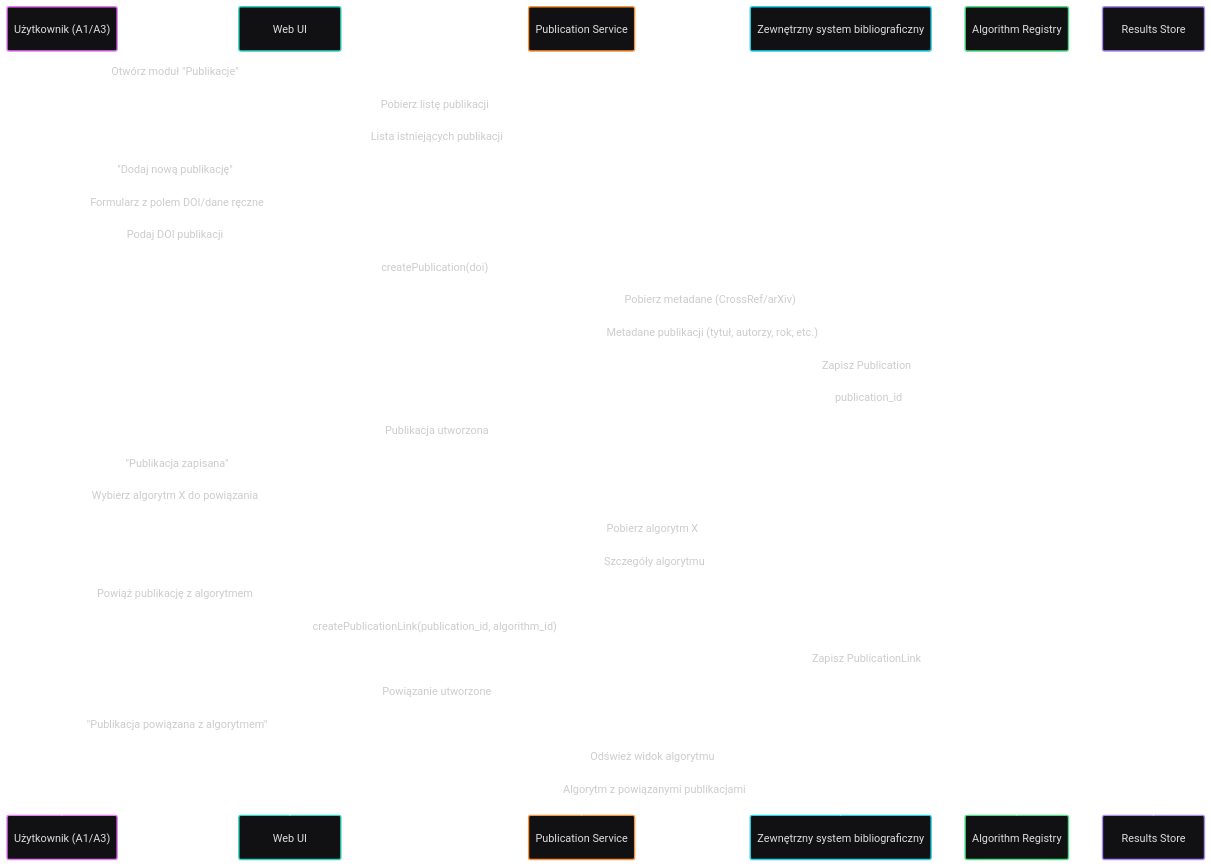
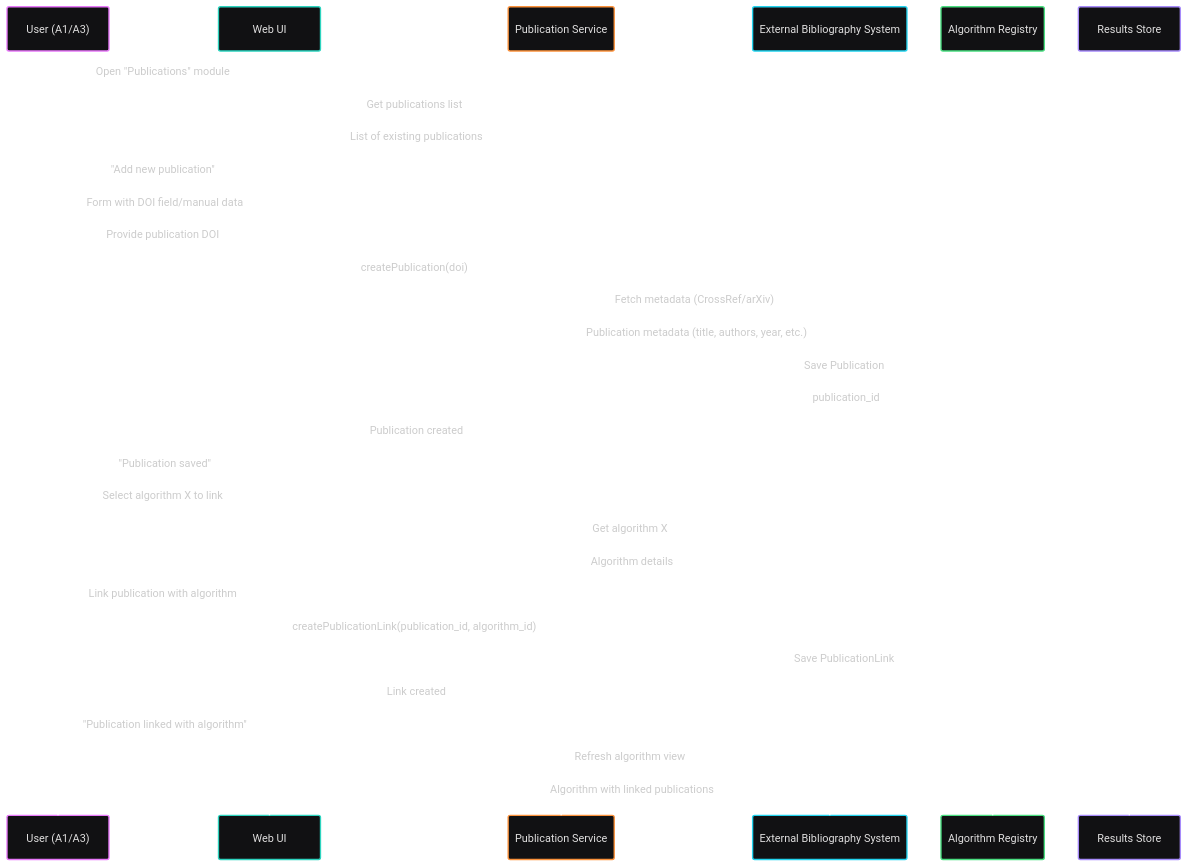
One commit to jedrzejpolaczek/aviarium.corvidae.corvus_corone changed diagram 19 of 33 in docs/requirements/use-cases.md. Above: the diagram before and after it, drawn with Mermaid. The commit also changed other lines of this file and 12 other files, not shown here.

````diff
--- a/docs/requirements/use-cases.md
+++ b/docs/requirements/use-cases.md
@@ -820,36 +820,36 @@
 ```mermaid
 ---
 config:
   theme: redux-dark-color
 ---
 sequenceDiagram
-    participant User as Użytkownik (A1/A3)
+    participant User as User (A1/A3)
     participant UI as Web UI
     participant PS as Publication Service
-    participant EXT as Zewnętrzny system bibliograficzny
+    participant EXT as External Bibliography System
     participant AR as Algorithm Registry
     participant RS as Results Store
-    User->>UI: Otwórz moduł "Publikacje"
-    UI->>PS: Pobierz listę publikacji
-    PS-->>UI: Lista istniejących publikacji
-    User->>UI: "Dodaj nową publikację"
-    UI-->>User: Formularz z polem DOI/dane ręczne
-    User->>UI: Podaj DOI publikacji
+    User->>UI: Open "Publications" module
+    UI->>PS: Get publications list
+    PS-->>UI: List of existing publications
+    User->>UI: "Add new publication"
+    UI-->>User: Form with DOI field/manual data
+    User->>UI: Provide publication DOI
     UI->>PS: createPublication(doi)
-    PS->>EXT: Pobierz metadane (CrossRef/arXiv)
-    EXT-->>PS: Metadane publikacji (tytuł, autorzy, rok, etc.)
-    PS->>RS: Zapisz Publication
+    PS->>EXT: Fetch metadata (CrossRef/arXiv)
+    EXT-->>PS: Publication metadata (title, authors, year, etc.)
+    PS->>RS: Save Publication
     RS-->>PS: publication_id
-    PS-->>UI: Publikacja utworzona
-    UI-->>User: "Publikacja zapisana"
-    User->>UI: Wybierz algorytm X do powiązania
-    UI->>AR: Pobierz algorytm X
-    AR-->>UI: Szczegóły algorytmu
-    User->>UI: Powiąż publikację z algorytmem
+    PS-->>UI: Publication created
+    UI-->>User: "Publication saved"
+    User->>UI: Select algorithm X to link
+    UI->>AR: Get algorithm X
+    AR-->>UI: Algorithm details
+    User->>UI: Link publication with algorithm
     UI->>PS: createPublicationLink(publication_id, algorithm_id)
-    PS->>RS: Zapisz PublicationLink
-    PS-->>UI: Powiązanie utworzone
-    UI-->>User: "Publikacja powiązana z algorytmem"
-    UI->>AR: Odśwież widok algorytmu
-    AR-->>UI: Algorytm z powiązanymi publikacjami
+    PS->>RS: Save PublicationLink
+    PS-->>UI: Link created
+    UI-->>User: "Publication linked with algorithm"
+    UI->>AR: Refresh algorithm view
+    AR-->>UI: Algorithm with linked publications
 ```
````
